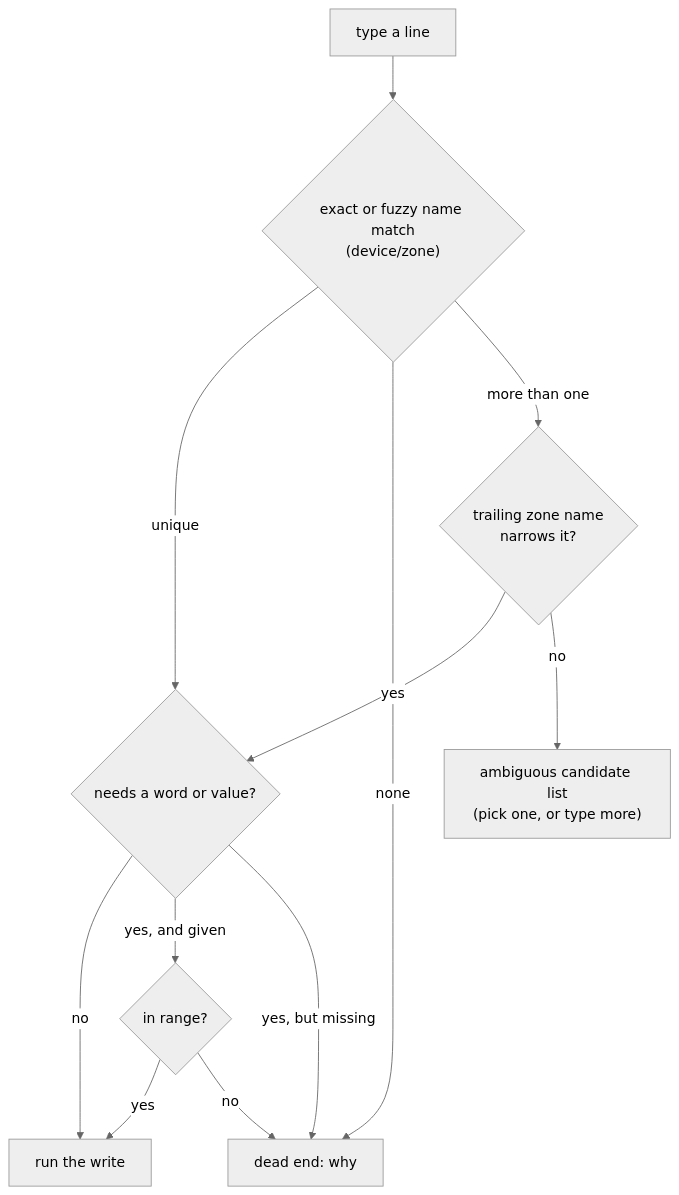
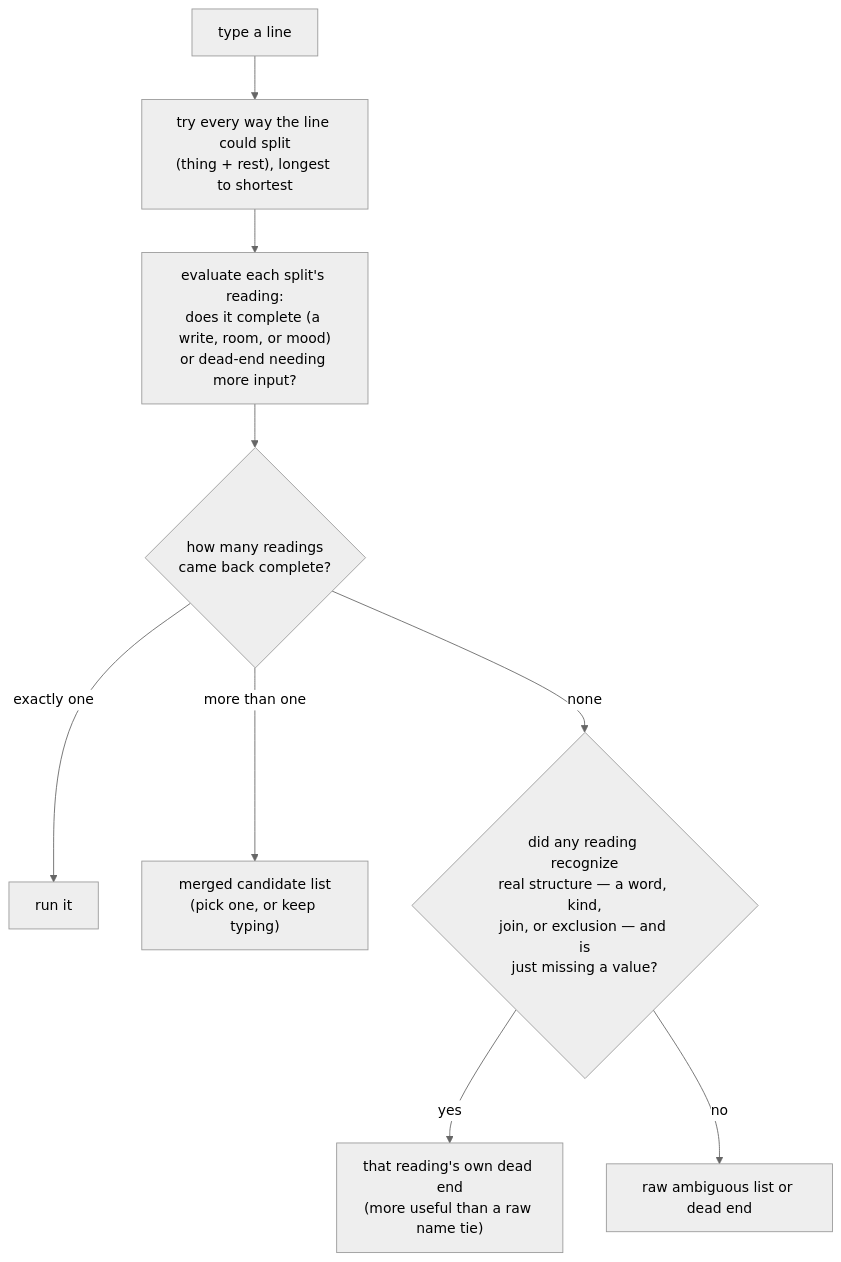
The diagram in README.md (assert-not-singularity/uchi), drawn with Mermaid (neutral theme) before and after one commit. The commit also changed other lines of this file, not shown here.

First line of the commit message:
Update README's grammar status and resolution flowchart to match the rewrite

````diff
--- a/README.md
+++ b/README.md
@@ -58,14 +61,11 @@
 ```mermaid
 flowchart TD
-    A["type a line"] --> B{"exact or fuzzy name match\n(device/zone)"}
-    B -- "unique" --> C{"needs a word or value?"}
-    B -- "none" --> Z["dead end: why"]
-    B -- "more than one" --> D{"trailing zone name\nnarrows it?"}
-    D -- "yes" --> C
-    D -- "no" --> E["ambiguous candidate list\n(pick one, or type more)"]
-    C -- "no" --> F["run the write"]
-    C -- "yes, and given" --> G{"in range?"}
-    G -- "yes" --> F
-    G -- "no" --> Z
-    C -- "yes, but missing" --> Z
+    A["type a line"] --> B["try every way the line could split\n(thing + rest), longest to shortest"]
+    B --> C["evaluate each split's reading:\ndoes it complete (a write, room, or mood)\nor dead-end needing more input?"]
+    C --> D{"how many readings\ncame back complete?"}
+    D -- "exactly one" --> E["run it"]
+    D -- "more than one" --> F["merged candidate list\n(pick one, or keep typing)"]
+    D -- "none" --> G{"did any reading recognize\nreal structure — a word, kind,\njoin, or exclusion — and is\njust missing a value?"}
+    G -- "yes" --> H["that reading's own dead end\n(more useful than a raw name tie)"]
+    G -- "no" --> I["raw ambiguous list or dead end"]
 ```
````
